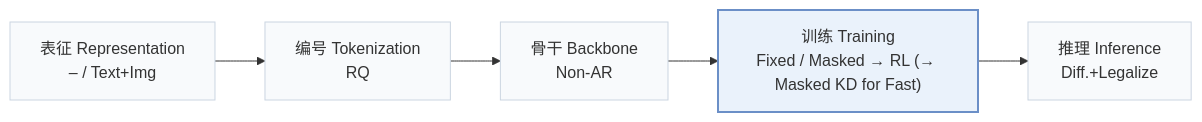
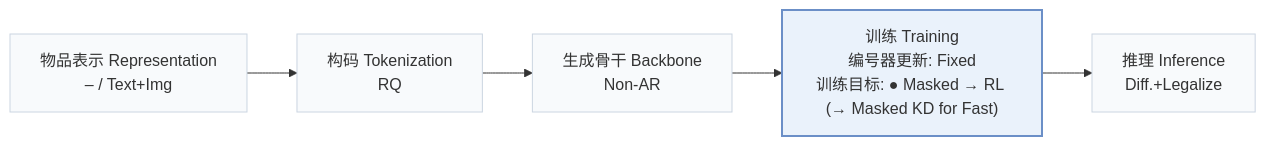
Before and after one commit to Galaxy-ghost/Awesome-SID-Generative-Rec: the first of 2 diagrams in pages/zh/papers/dpe-rec.md, drawn with Mermaid. The commit also changed other lines of this file and 558 other files, not shown here.

````diff
--- a/pages/zh/papers/dpe-rec.md
+++ b/pages/zh/papers/dpe-rec.md
@@ -15,8 +18,8 @@
 ```mermaid
 flowchart LR
-    R["表征 Representation<br/>– / Text+Img"] --> T["编号 Tokenization<br/>RQ"] --> B["骨干 Backbone<br/>Non-AR"] --> TR["训练 Training<br/>Fixed / Masked → RL (→ Masked KD for Fast)"] --> I["推理 Inference<br/>Diff.+Legalize"]
+    R["物品表示 Representation<br/>– / Text+Img"] --> T["构码 Tokenization<br/>RQ"] --> B["生成骨干 Backbone<br/>Non-AR"] --> TR["训练 Training<br/>编号器更新: Fixed<br/>训练目标: ● Masked → RL (→ Masked KD for Fast)"] --> I["推理 Inference<br/>Diff.+Legalize"]
     classDef base fill:#f8fafc,stroke:#cbd5e1
     class R,T,B,TR,I base
     classDef main fill:#eaf2fb,stroke:#6b8fc7,stroke-width:2px
     class TR main
 ```
````
